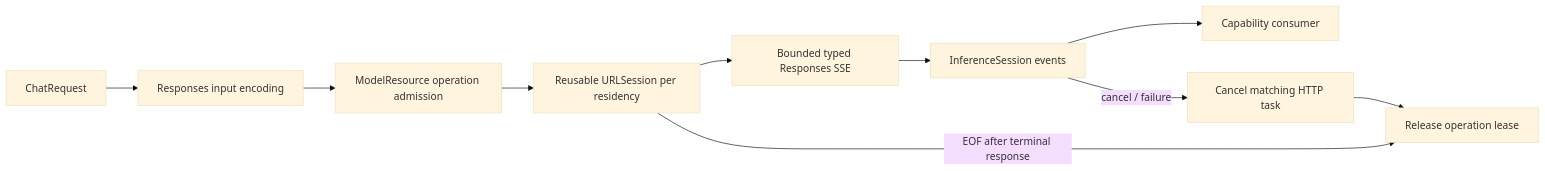
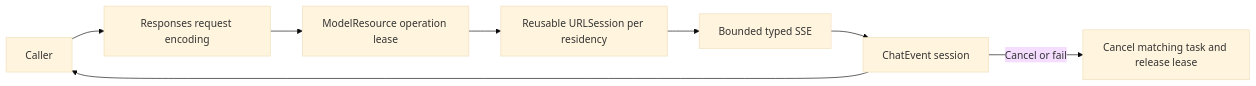
One commit to devilyouwei/MobileHarness changed the diagram in MobileHarness/ModelKit/Language/LLM/OpenAI/README.md. Above: the diagram before and after it, drawn with Mermaid (base theme). The commit also changed other lines of this file and 116 other files, not shown here.

````diff
--- a/MobileHarness/ModelKit/Language/LLM/OpenAI/README.md
+++ b/MobileHarness/ModelKit/Language/LLM/OpenAI/README.md
@@ -15,12 +15,10 @@
 ```mermaid
 flowchart LR
-    Request[ChatRequest] --> Encode[Responses input encoding]
-    Encode --> Lease[ModelResource operation admission]
-    Lease --> Pool[Reusable URLSession per residency]
-    Pool --> Decode[Bounded typed Responses SSE]
-    Decode --> Events[InferenceSession events]
-    Events --> Consumer[Capability consumer]
-    Events -->|cancel / failure| Cleanup[Cancel matching HTTP task]
-    Cleanup --> Release[Release operation lease]
-    Pool -->|EOF after terminal response| Release
+ Caller --> Encoding[Responses request encoding]
+ Encoding --> Resource[ModelResource operation lease]
+ Resource --> Pool[Reusable URLSession per residency]
+ Pool --> Decoder[Bounded typed SSE]
+ Decoder --> Session[ChatEvent session]
+ Session --> Caller
+ Session -->|Cancel or fail| Cleanup[Cancel matching task and release lease]
 ```
````
